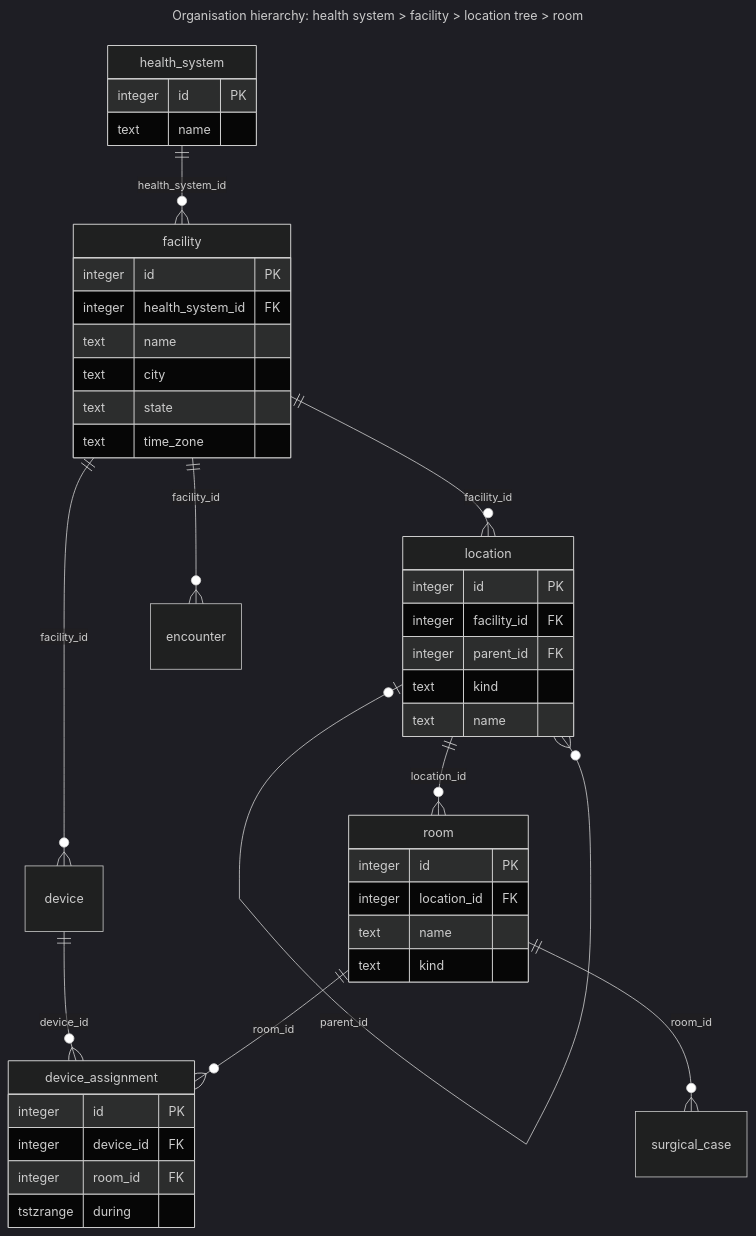
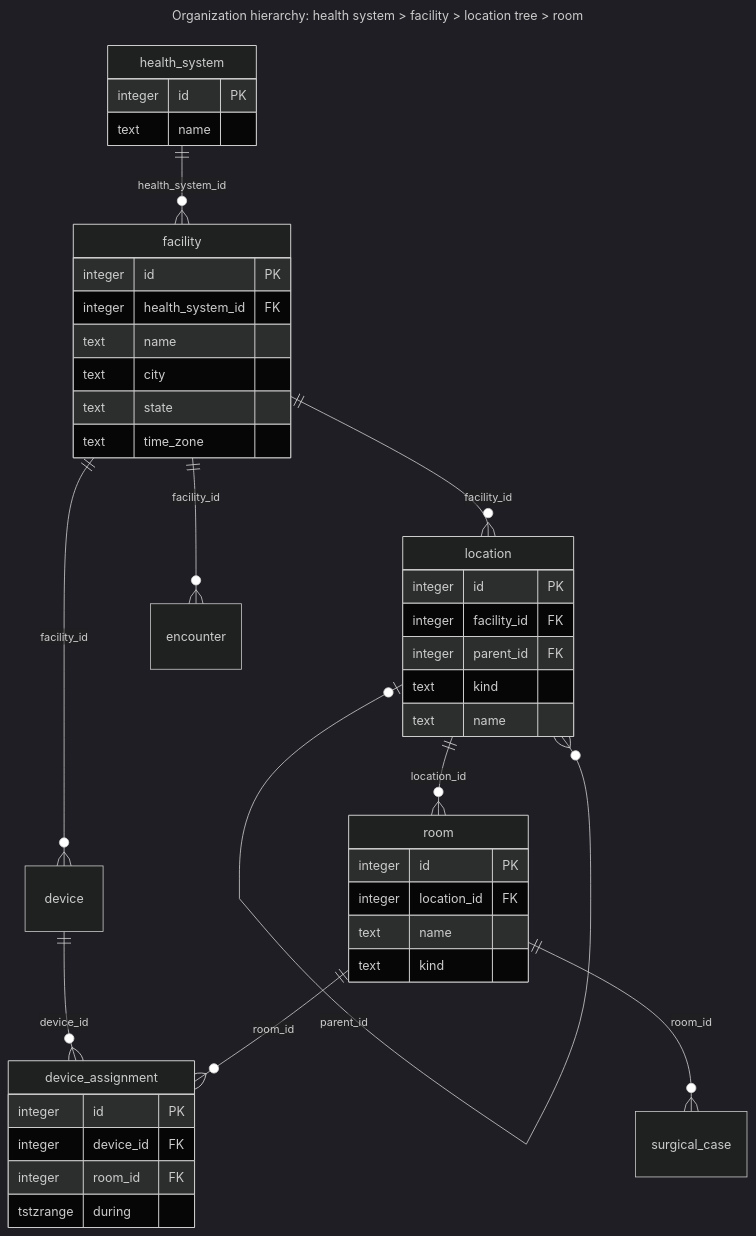
Before and after one commit to pcjenkins/cardiolens: the second of 7 diagrams in docs/ERD.md, drawn with Mermaid (dark theme). The commit also changed 8 other files, not shown here.

````diff
--- a/docs/ERD.md
+++ b/docs/ERD.md
@@ -61,49 +61,49 @@
 ```mermaid
 ---
-title: "Organisation hierarchy: health system > facility > location tree > room"
+title: "Organization hierarchy: health system > facility > location tree > room"
 ---
 erDiagram
   health_system {
     integer id PK
     text name
   }
   facility {
     integer id PK
     integer health_system_id FK
     text name
     text city
     text state
     text time_zone
   }
   location {
     integer id PK
     integer facility_id FK
     integer parent_id FK
     text kind
     text name
   }
   room {
     integer id PK
     integer location_id FK
     text name
     text kind
   }
   device_assignment {
     integer id PK
     integer device_id FK
     integer room_id FK
     tstzrange during
   }
   device
   surgical_case
   encounter
   facility ||--o{ device : "facility_id"
   device ||--o{ device_assignment : "device_id"
   room ||--o{ device_assignment : "room_id"
   facility ||--o{ encounter : "facility_id"
   health_system ||--o{ facility : "health_system_id"
   facility ||--o{ location : "facility_id"
   location |o--o{ location : "parent_id"
   location ||--o{ room : "location_id"
   room ||--o{ surgical_case : "room_id"
 ```
````
